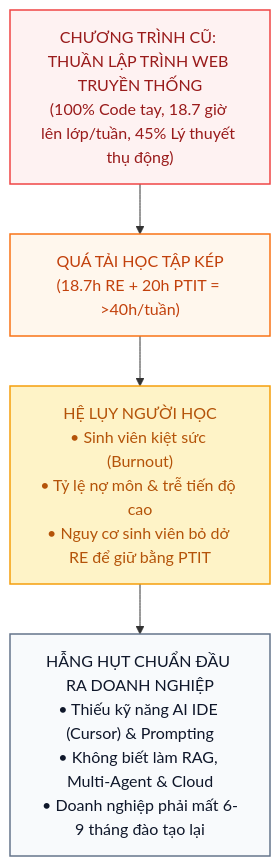
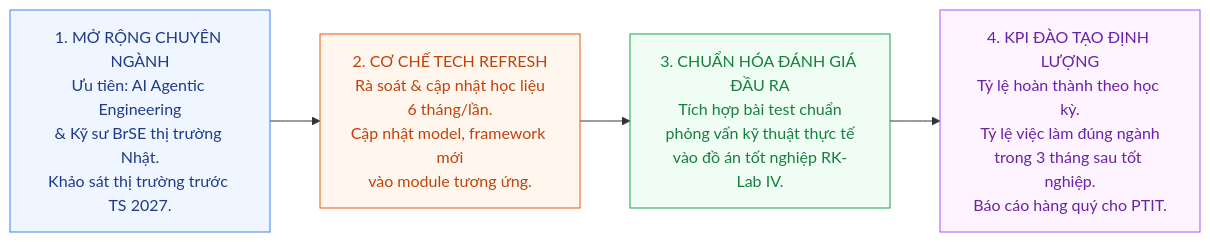
One commit to hunghx/B-o-c-o-k-ho-ch-tri-n-khai-o-t-o-PTIT-2026-2027 changed the second of 3 diagrams in ke_hoach_cai_tien_cntt_re_ptit_chuan_2027.md. Above: the diagram before and after it, drawn with Mermaid. The commit also changed other lines of this file, not shown here.

````diff
--- a/ke_hoach_cai_tien_cntt_re_ptit_chuan_2027.md
+++ b/ke_hoach_cai_tien_cntt_re_ptit_chuan_2027.md
@@ -126,11 +137,24 @@
 ```mermaid
-flowchart TD
-    NodeA["CHƯƠNG TRÌNH CŨ: THUẦN LẬP TRÌNH WEB TRUYỀN THỐNG\n(100% Code tay, 18.7 giờ lên lớp/tuần, 45% Lý thuyết thụ động)"] --> NodeB["QUÁ TẢI HỌC TẬP KÉP\n(18.7h RE + 20h PTIT = >40h/tuần)"]
-    NodeB --> NodeC["HỆ LỤY NGƯỜI HỌC\n• Sinh viên kiệt sức (Burnout)\n• Tỷ lệ nợ môn & trễ tiến độ cao\n• Nguy cơ sinh viên bỏ dở RE để giữ bằng PTIT"]
-    NodeC --> NodeD["HẪNG HỤT CHUẨN ĐẦU RA DOANH NGHIỆP\n• Thiếu kỹ năng AI IDE (Cursor) & Prompting\n• Không biết làm RAG, Multi-Agent & Cloud\n• Doanh nghiệp phải mất 6-9 tháng đào tạo lại"]
+flowchart LR
+    P1["1. MỞ RỘNG CHUYÊN NGÀNH
+Ưu tiên: AI Agentic Engineering
+& Kỹ sư BrSE thị trường Nhật.
+Khảo sát thị trường trước TS 2027."] --> P2["2. CƠ CHẾ TECH REFRESH
+Rà soát & cập nhật học liệu
+6 tháng/lần.
+Cập nhật model, framework mới
+vào module tương ứng."]
+    P2 --> P3["3. CHUẨN HÓA ĐÁNH GIÁ ĐẦU RA
+Tích hợp bài test chuẩn
+phỏng vấn kỹ thuật thực tế
+vào đồ án tốt nghiệp RK-Lab IV."] --> P4["4. KPI ĐÀO TẠO ĐỊNH LƯỢNG
+Tỷ lệ hoàn thành theo học kỳ.
+Tỷ lệ việc làm đúng ngành
+trong 3 tháng sau tốt nghiệp.
+Báo cáo hàng quý cho PTIT."]
 
-    style NodeA fill:#fef2f2,stroke:#ef4444,color:#991b1b,stroke-width:1.5px
-    style NodeB fill:#fff7ed,stroke:#f97316,color:#c2410c,stroke-width:1.5px
-    style NodeC fill:#fef3c7,stroke:#f59e0b,color:#b45309,stroke-width:1.5px
-    style NodeD fill:#f8fafc,stroke:#64748b,color:#0f172a,stroke-width:1.5px
+    style P1 fill:#eff6ff,stroke:#3b82f6,color:#1e3a8a
+    style P2 fill:#fff7ed,stroke:#ea580c,color:#c2410c
+    style P3 fill:#f0fdf4,stroke:#16a34a,color:#15803d
+    style P4 fill:#fdf4ff,stroke:#a855f7,color:#6b21a8
 ```
````
